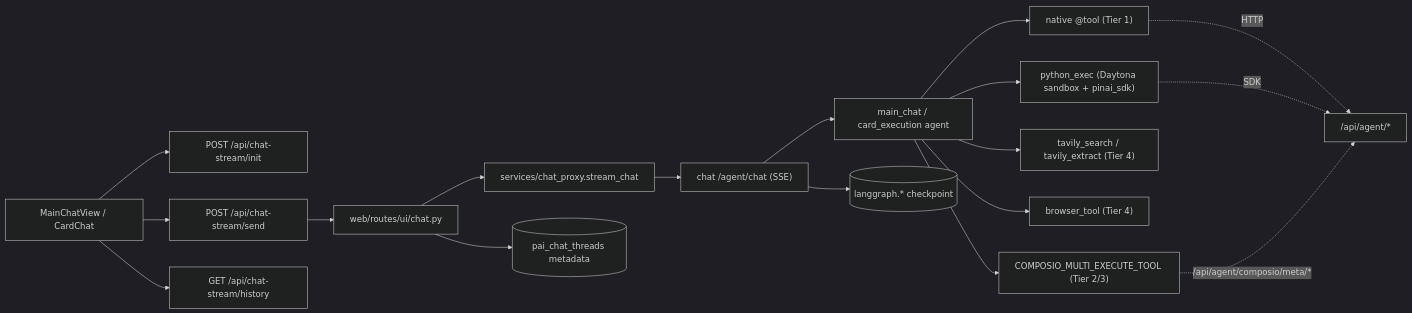
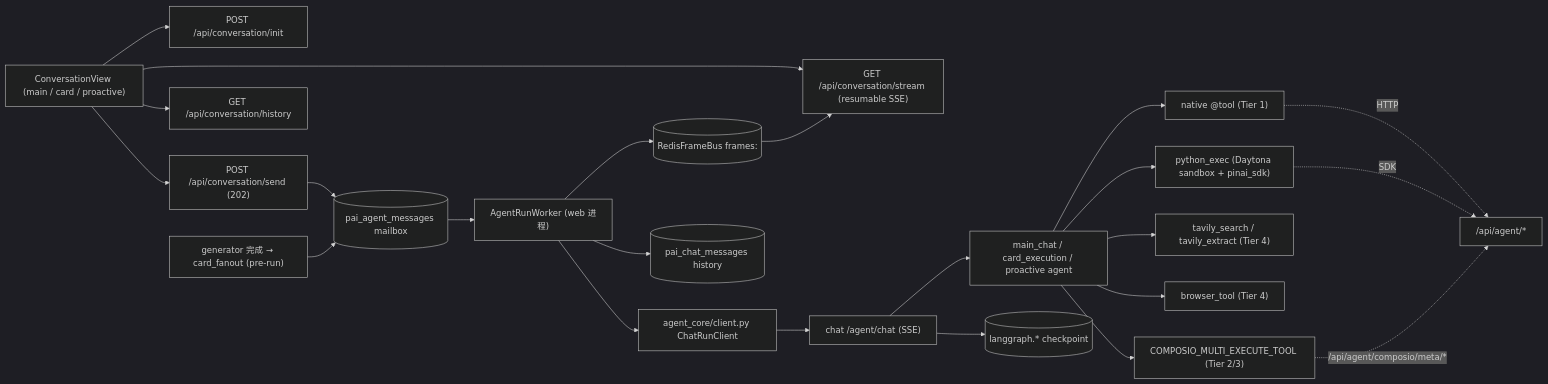
The first of 2 diagrams in docs/modules/execution.mdx (Edge-AI-HQ/proactive-assistant), drawn with Mermaid (dark theme) before and after one commit. The commit also changed other lines of this file and 26 other files, not shown here.

First line of the commit message:
feat(cards): migrate card execution + pre-run fanout to the conversation kernel; remove /api/chat-stream/* (#62)

````diff
--- a/docs/modules/execution.mdx
+++ b/docs/modules/execution.mdx
@@ -23,20 +25,25 @@
 ```mermaid
 flowchart LR
-  UI["MainChatView / CardChat"] --> Init["POST /api/chat-stream/init"]
-  UI --> Send["POST /api/chat-stream/send"]
-  UI --> Hist["GET /api/chat-stream/history"]
-  Send --> Web["web/routes/ui/chat.py"]
-  Web --> Proxy["services/chat_proxy.stream_chat"]
-  Proxy --> Chat["chat /agent/chat (SSE)"]
-  Chat --> Agent["main_chat / card_execution agent"]
+  UI["ConversationView (main / card / proactive)"] --> Init["POST /api/conversation/init"]
+  UI --> Send["POST /api/conversation/send (202)"]
+  UI --> Stream["GET /api/conversation/stream (resumable SSE)"]
+  UI --> Hist["GET /api/conversation/history"]
+  Send --> Mailbox[("pai_agent_messages mailbox")]
+  Mailbox --> Worker["AgentRunWorker (web 进程)"]
+  Gen["generator 完成 → card_fanout (pre-run)"] --> Mailbox
+  Worker --> Client["agent_core/client.py ChatRunClient"]
+  Client --> Chat["chat /agent/chat (SSE)"]
+  Chat --> Agent["main_chat / card_execution / proactive agent"]
   Agent --> Native["native @tool (Tier 1)"]
   Agent --> Composio["COMPOSIO_MULTI_EXECUTE_TOOL (Tier 2/3)"]
   Agent --> Tavily["tavily_search / tavily_extract (Tier 4)"]
   Agent --> Browser["browser_tool (Tier 4)"]
   Agent --> PyExec["python_exec (Daytona sandbox + pinai_sdk)"]
   Native -. HTTP .-> WebAgent["/api/agent/*"]
   PyExec -. SDK .-> WebAgent
   Composio -. /api/agent/composio/meta/* .-> WebAgent
-  Web --> Thread[("pai_chat_threads metadata")]
+  Worker --> Bus[("RedisFrameBus frames:<session>")]
+  Bus --> Stream
+  Worker --> Msgs[("pai_chat_messages history")]
   Chat --> Cp[("langgraph.* checkpoint")]
 ```
````
